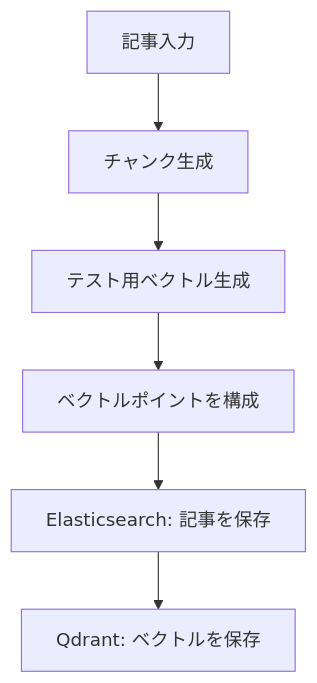
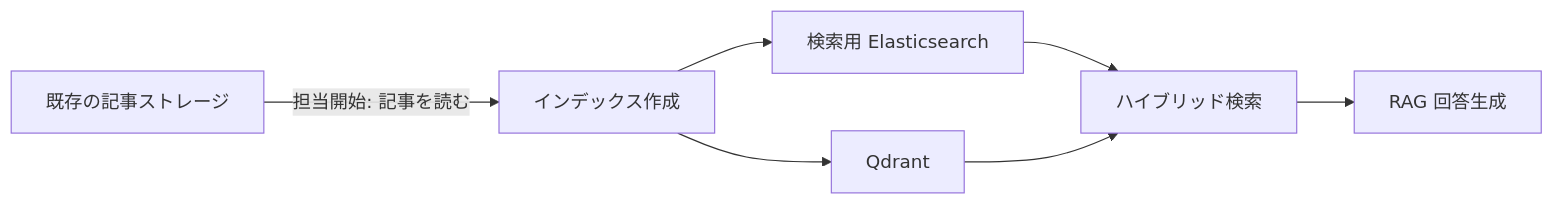
The diagram in README.ja.md (yh4752/news-indexing-pipeline), drawn with Mermaid before and after one commit. The commit also changed other lines of this file and 6 other files, not shown here.

````diff
--- a/README.ja.md
+++ b/README.ja.md
@@ -23,8 +30,9 @@
 ```mermaid
-flowchart TD
-    S["記事入力"] --> T["チャンク生成"]
-    T --> V["テスト用ベクトル生成"]
-    V --> I["ベクトルポイントを構成"]
-    I --> E["Elasticsearch: 記事を保存"]
-    E --> Q["Qdrant: ベクトルを保存"]
+flowchart LR
+    S["既存の記事ストレージ"] -->|"担当開始: 記事を読む"| I["インデックス作成"]
+    I --> E["検索用 Elasticsearch"]
+    I --> Q["Qdrant"]
+    E --> H["ハイブリッド検索"]
+    Q --> H
+    H --> A["RAG 回答生成"]
 ```
````
